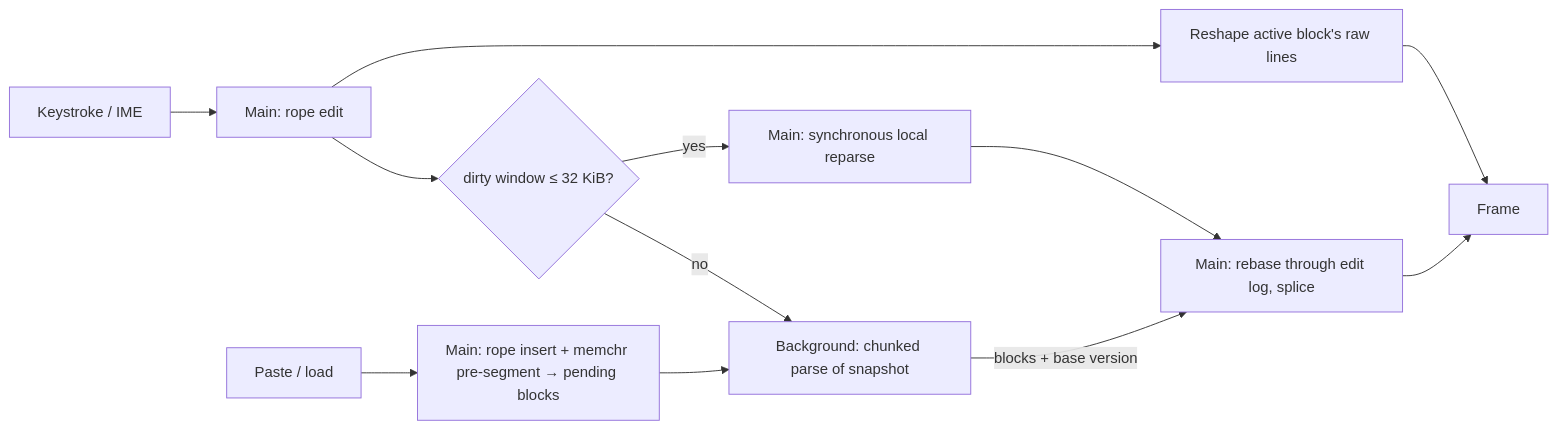
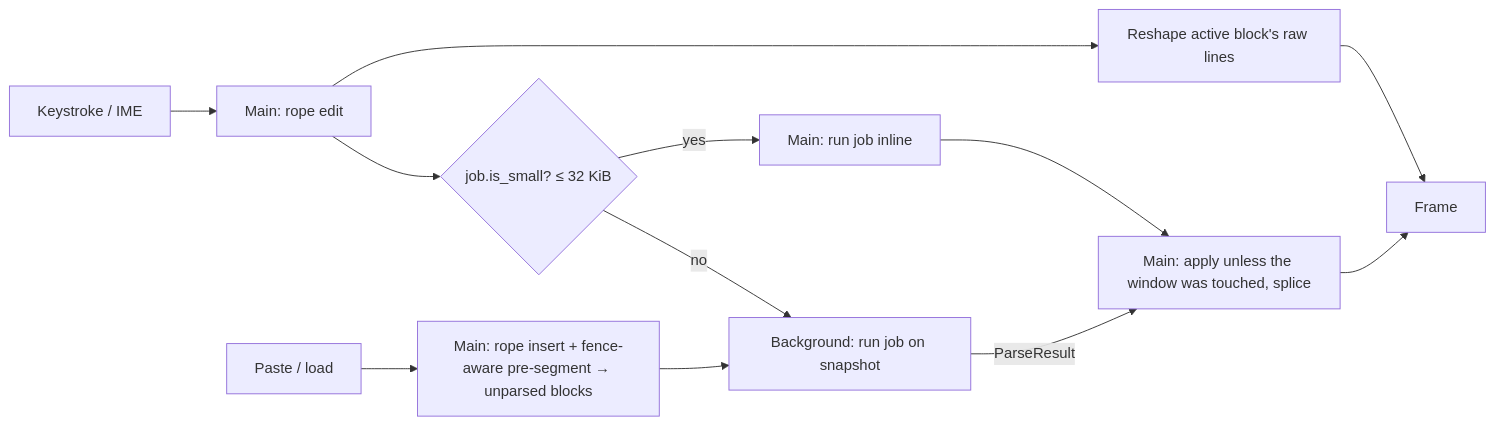
Before and after one commit to DailenG/tachyon: the second of 2 diagrams in docs/ARCHITECTURE.md, drawn with Mermaid. The commit also changed other lines of this file and 30 other files, not shown here.

````diff
--- a/docs/ARCHITECTURE.md
+++ b/docs/ARCHITECTURE.md
@@ -71,14 +79,14 @@
 ```mermaid
 flowchart LR
   K[Keystroke / IME] --> E[Main: rope edit]
   E --> A[Reshape active block's raw lines]
   A --> F[Frame]
-  E --> D{dirty window ≤ 32 KiB?}
-  D -- yes --> S[Main: synchronous local reparse]
-  D -- no --> B[Background: chunked parse of snapshot]
-  P[Paste / load] --> R[Main: rope insert + memchr pre-segment → pending blocks]
+  E --> D{job.is_small? ≤ 32 KiB}
+  D -- yes --> S[Main: run job inline]
+  D -- no --> B[Background: run job on snapshot]
+  P[Paste / load] --> R[Main: rope insert + fence-aware pre-segment → unparsed blocks]
   R --> B
-  B -->|blocks + base version| M[Main: rebase through edit log, splice]
+  B -->|ParseResult| M[Main: apply unless the window was touched, splice]
   S --> M
   M --> F
 ```
````
